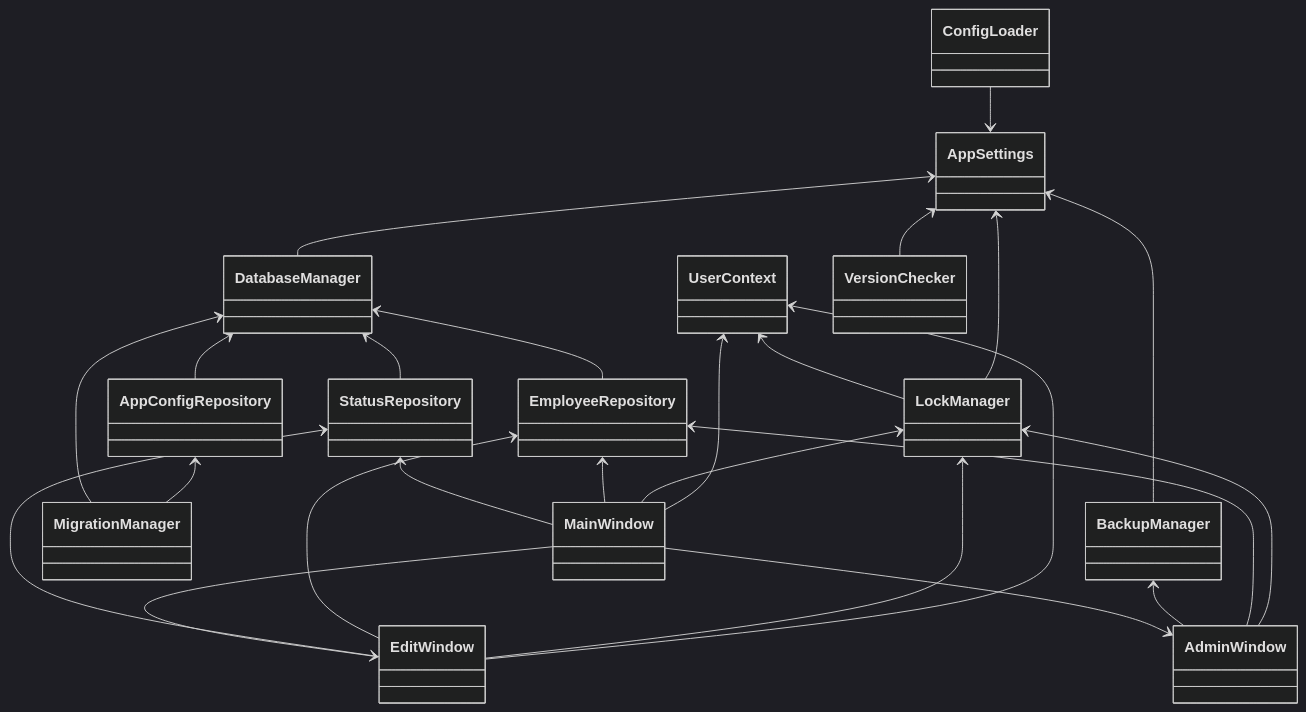
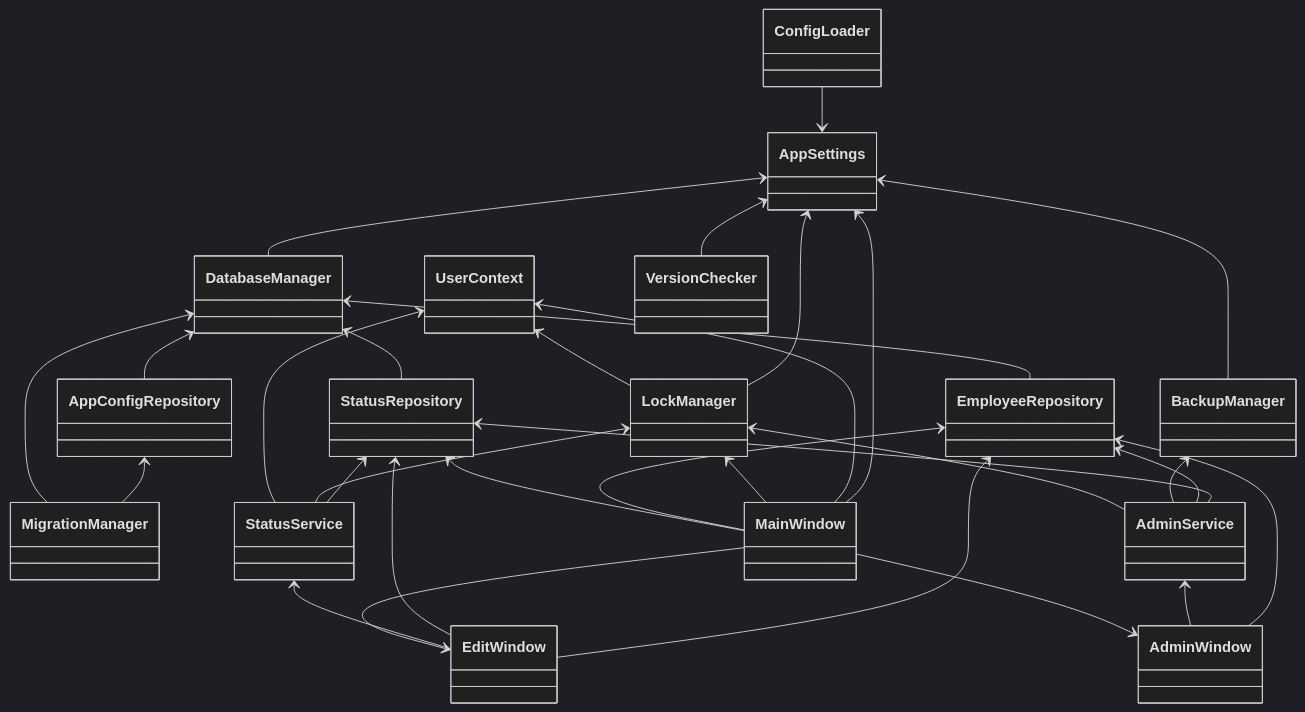
One commit to garyohosu/koudouhyo changed the fifth of 5 diagrams in CLASS.md. Above: the diagram before and after it, drawn with Mermaid (dark theme). The commit also changed other lines of this file and 2 other files, not shown here.

````diff
--- a/CLASS.md
+++ b/CLASS.md
@@ -288,49 +310,57 @@
 ```mermaid
 classDiagram
     direction TB
 
     class ConfigLoader
     class AppSettings
     class UserContext
     class DatabaseManager
     class LockManager
     class BackupManager
     class VersionChecker
     class MigrationManager
+    class StatusService
+    class AdminService
     class EmployeeRepository
     class StatusRepository
     class AppConfigRepository
     class MainWindow
     class EditWindow
     class AdminWindow
 
     ConfigLoader --> AppSettings
     DatabaseManager <-- EmployeeRepository
     DatabaseManager <-- StatusRepository
     DatabaseManager <-- AppConfigRepository
     AppConfigRepository <-- MigrationManager
     DatabaseManager <-- MigrationManager
 
     AppSettings <-- DatabaseManager
     AppSettings <-- LockManager
     AppSettings <-- BackupManager
     AppSettings <-- VersionChecker
+    AppSettings <-- MainWindow
 
     UserContext <-- LockManager
     UserContext <-- MainWindow
-    UserContext <-- EditWindow
 
     LockManager <-- MainWindow
-    LockManager <-- EditWindow
-    LockManager <-- AdminWindow
 
     EmployeeRepository <-- MainWindow
     EmployeeRepository <-- EditWindow
     EmployeeRepository <-- AdminWindow
     StatusRepository <-- MainWindow
     StatusRepository <-- EditWindow
-    BackupManager <-- AdminWindow
+    StatusRepository <-- StatusService
+    StatusRepository <-- AdminService
+    EmployeeRepository <-- AdminService
+    BackupManager <-- AdminService
+    LockManager <-- StatusService
+    LockManager <-- AdminService
+    UserContext <-- StatusService
+    StatusService <-- EditWindow
+    AdminService <-- AdminWindow
 
     MainWindow --> EditWindow
     MainWindow --> AdminWindow
 ```
````
